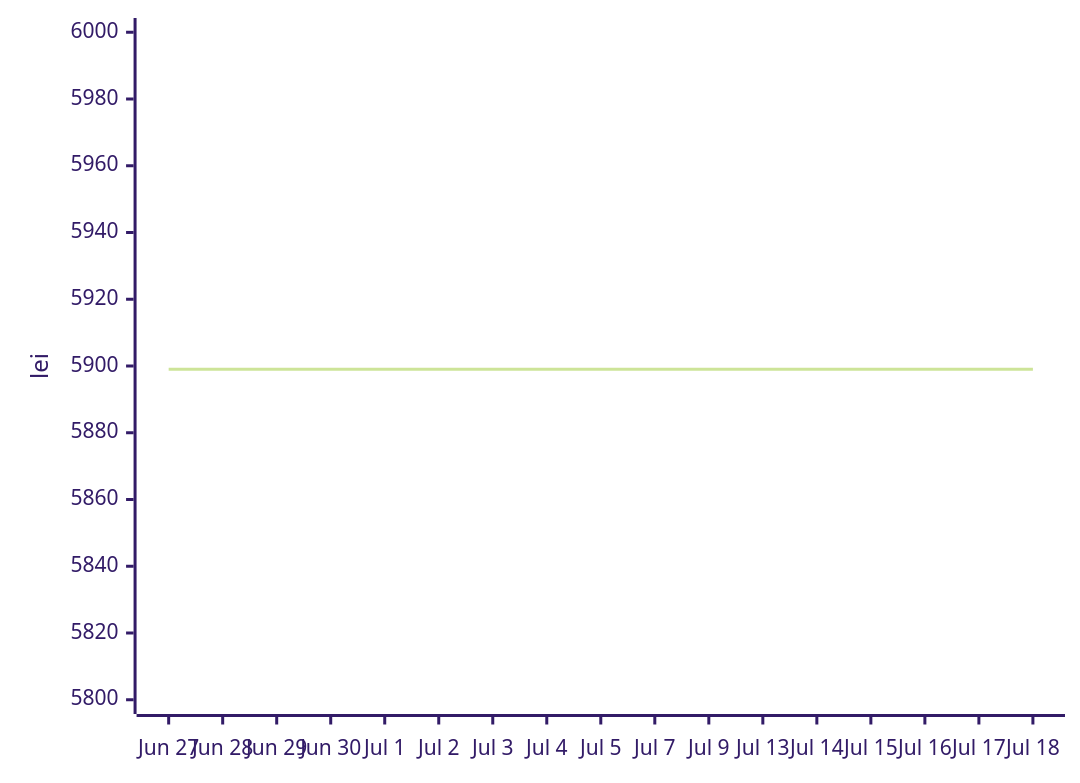
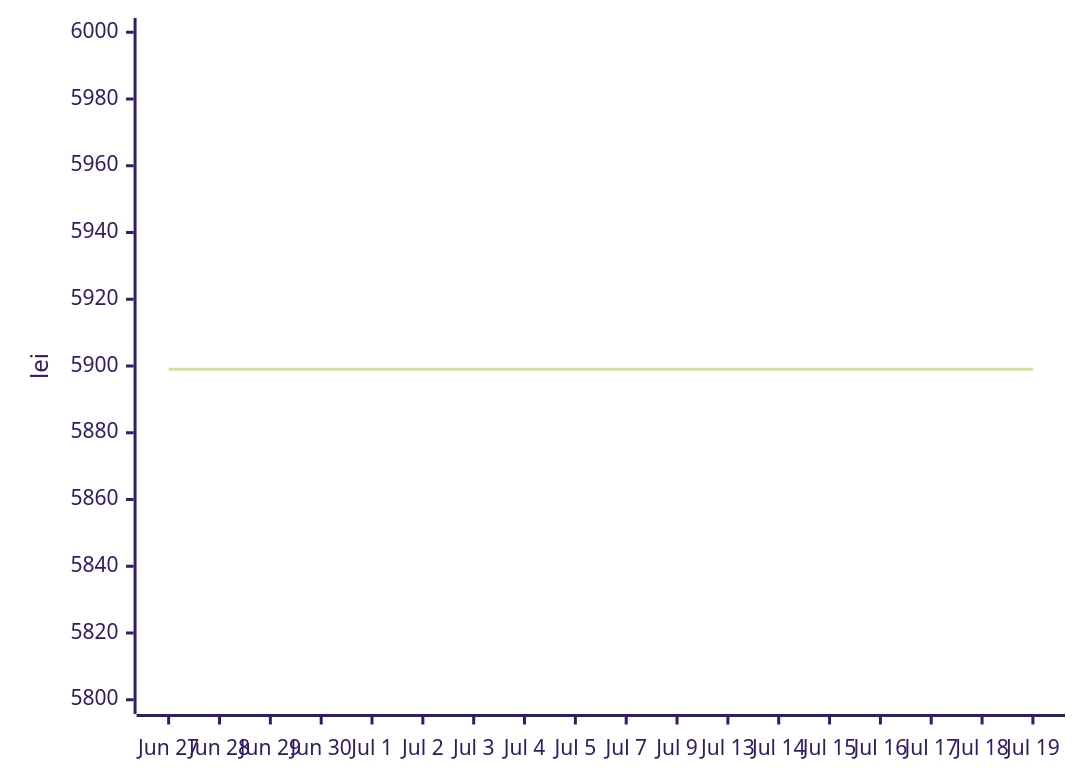
Before and after one commit to anagheioan/laptop-price-monitor: the second of 2 diagrams in README.md, drawn with Mermaid (forest theme). The commit also changed other lines of this file and 1 other file, not shown here.

Commit message:
Price check 2026-07-19

````diff
--- a/README.md
+++ b/README.md
@@ -29,6 +29,6 @@
 ```mermaid
 xychart-beta
-    x-axis ["Jun 27", "Jun 28", "Jun 29", "Jun 30", "Jul 1", "Jul 2", "Jul 3", "Jul 4", "Jul 5", "Jul 7", "Jul 9", "Jul 13", "Jul 14", "Jul 15", "Jul 16", "Jul 17", "Jul 18"]
+    x-axis ["Jun 27", "Jun 28", "Jun 29", "Jun 30", "Jul 1", "Jul 2", "Jul 3", "Jul 4", "Jul 5", "Jul 7", "Jul 9", "Jul 13", "Jul 14", "Jul 15", "Jul 16", "Jul 17", "Jul 18", "Jul 19"]
     y-axis "lei" 5800 --> 6000
-    line [5899.0, 5899.0, 5899.0, 5899.0, 5899.0, 5899.0, 5899.0, 5899.0, 5899.0, 5899.0, 5899.0, 5899.0, 5899.0, 5899.0, 5899.0, 5899.0, 5899.0]
+    line [5899.0, 5899.0, 5899.0, 5899.0, 5899.0, 5899.0, 5899.0, 5899.0, 5899.0, 5899.0, 5899.0, 5899.0, 5899.0, 5899.0, 5899.0, 5899.0, 5899.0, 5899.0]
 ```
````
